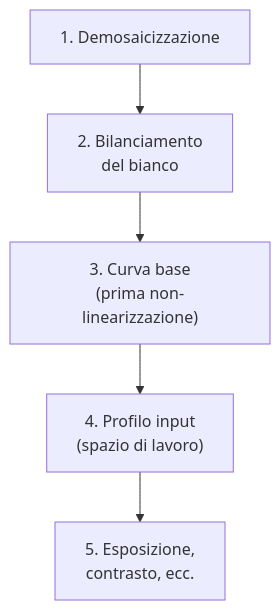
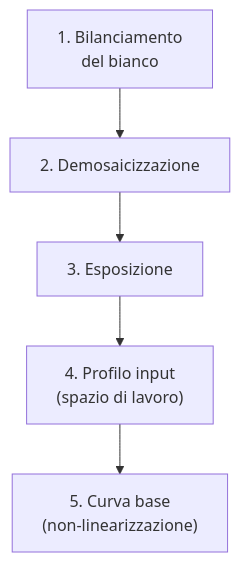
The diagram in docs/modules/base-curve.md (lorenzoperone/darktable-docs), drawn with Mermaid before and after one commit. The commit also changed other lines of this file and 36 other files, not shown here.

````diff
--- a/docs/modules/base-curve.md
+++ b/docs/modules/base-curve.md
@@ -24,4 +24,4 @@
 ```mermaid
 flowchart TD
-    A["1. Demosaicizzazione"] --> B["2. Bilanciamento<br/>del bianco"] --> C["3. Curva base<br/>(prima non-linearizzazione)"] --> D["4. Profilo input<br/>(spazio di lavoro)"] --> E["5. Esposizione,<br/>contrasto, ecc."]
+    A["1. Bilanciamento<br/>del bianco"] --> B["2. Demosaicizzazione"] --> C["3. Esposizione"] --> D["4. Profilo input<br/>(spazio di lavoro)"] --> E["5. Curva base<br/>(non-linearizzazione)"]
 ```
````
